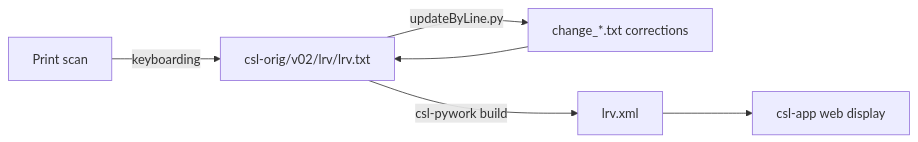
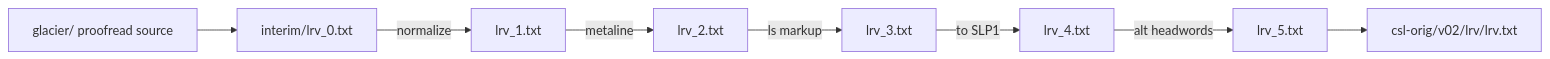
Before and after one commit to sanskrit-lexicon/LRV: the diagram in README.md, drawn with Mermaid. The commit also changed other lines of this file, not shown here.

````diff
--- a/README.md
+++ b/README.md
@@ -153,8 +22,10 @@
 ```mermaid
 flowchart LR
-  S["Print scan"] -->|keyboarding| O["csl-orig/v02/lrv/lrv.txt"]
-  O -->|updateByLine.py| C["change_*.txt corrections"]
-  C --> O
-  O -->|csl-pywork build| X["lrv.xml"]
-  X --> A["csl-app web display"]
+  G["glacier/ proofread source"] --> I0["interim/lrv_0.txt"]
+  I0 -->|normalize| I1["lrv_1.txt"]
+  I1 -->|metaline| I2["lrv_2.txt"]
+  I2 -->|ls markup| I3["lrv_3.txt"]
+  I3 -->|to SLP1| I4["lrv_4.txt"]
+  I4 -->|alt headwords| I5["lrv_5.txt"]
+  I5 --> O["csl-orig/v02/lrv/lrv.txt"]
 ```
````
